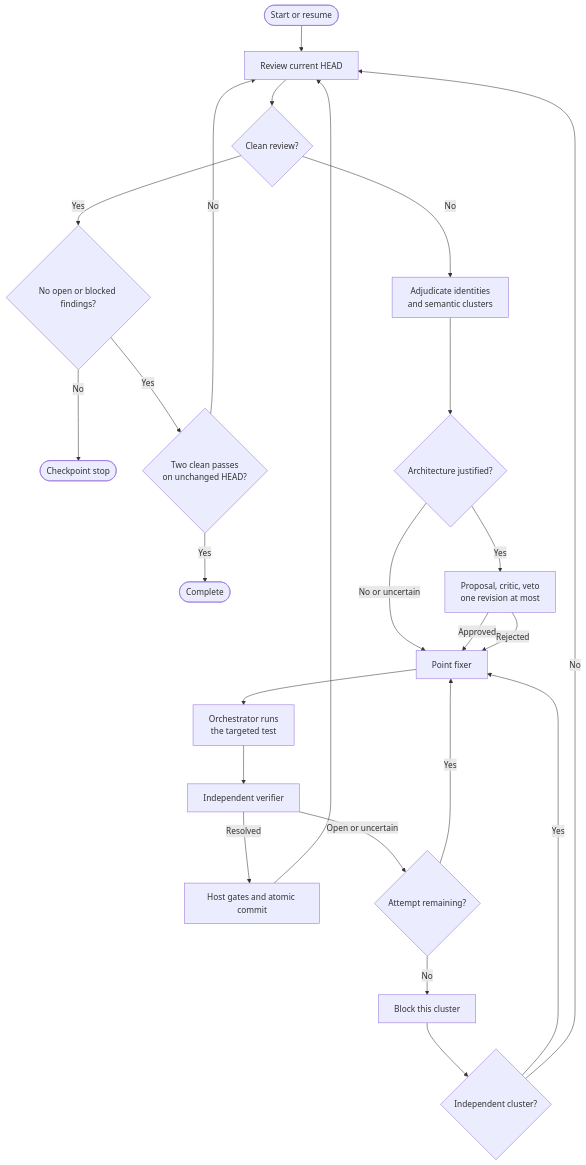
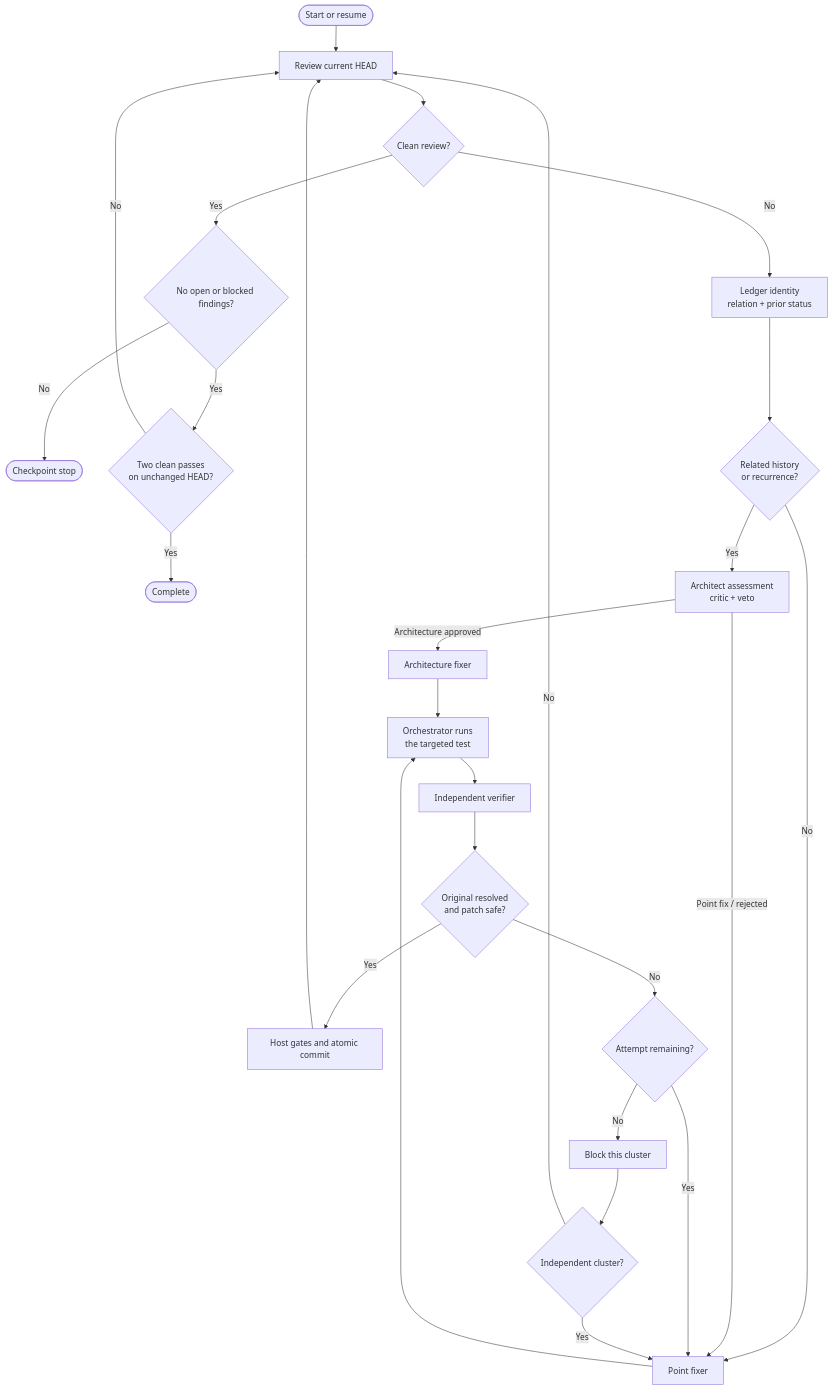
One commit to InnerLive/CodexReviewLoop changed the diagram in README.md. Above: the diagram before and after it, drawn with Mermaid. The commit also changed other lines of this file and 15 other files, not shown here.

````diff
--- a/README.md
+++ b/README.md
@@ -61,29 +61,31 @@
 ```mermaid
 flowchart TD
     start([Start or resume]) --> review[Review current HEAD]
     review --> clean{Clean review?}
 
     clean -- Yes --> clear{No open or blocked findings?}
     clear -- No --> stopped([Checkpoint stop])
     clear -- Yes --> passes{Two clean passes<br/>on unchanged HEAD?}
     passes -- Yes --> done([Complete])
     passes -- No --> review
 
-    clean -- No --> identity[Adjudicate identities<br/>and semantic clusters]
-    identity --> architecture{Architecture justified?}
-    architecture -- Yes --> gate[Proposal, critic, veto<br/>one revision at most]
-    architecture -- "No or uncertain" --> fix[Point fixer]
-    gate -- Approved --> fix
-    gate -- Rejected --> fix
+    clean -- No --> identity[Ledger identity<br/>relation + prior status]
+    identity --> architecture{Related history<br/>or recurrence?}
+    architecture -- Yes --> gate[Architect assessment<br/>critic + veto]
+    architecture -- No --> fix[Point fixer]
+    gate -- "Architecture approved" --> afix[Architecture fixer]
+    gate -- "Point fix / rejected" --> fix
 
-    fix --> test[Orchestrator runs<br/>the targeted test]
+    afix --> test[Orchestrator runs<br/>the targeted test]
+    fix --> test
     test --> verify[Independent verifier]
-    verify -- Resolved --> host[Host gates and atomic commit]
+    verify --> accepted{Original resolved<br/>and patch safe?}
+    accepted -- Yes --> host[Host gates and atomic commit]
     host --> review
-    verify -- "Open or uncertain" --> retry{Attempt remaining?}
+    accepted -- No --> retry{Attempt remaining?}
     retry -- Yes --> fix
     retry -- No --> blocked[Block this cluster]
     blocked --> more{Independent cluster?}
     more -- Yes --> fix
     more -- No --> review
 ```
````
